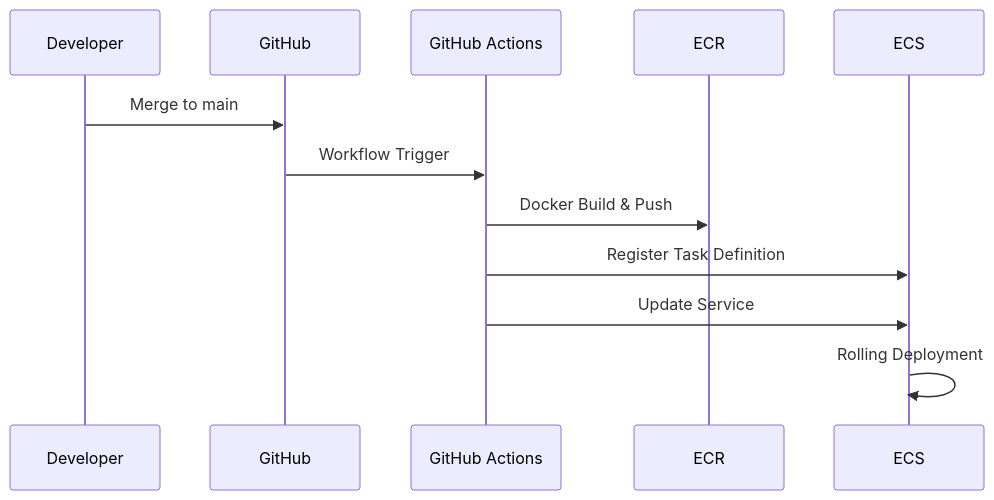
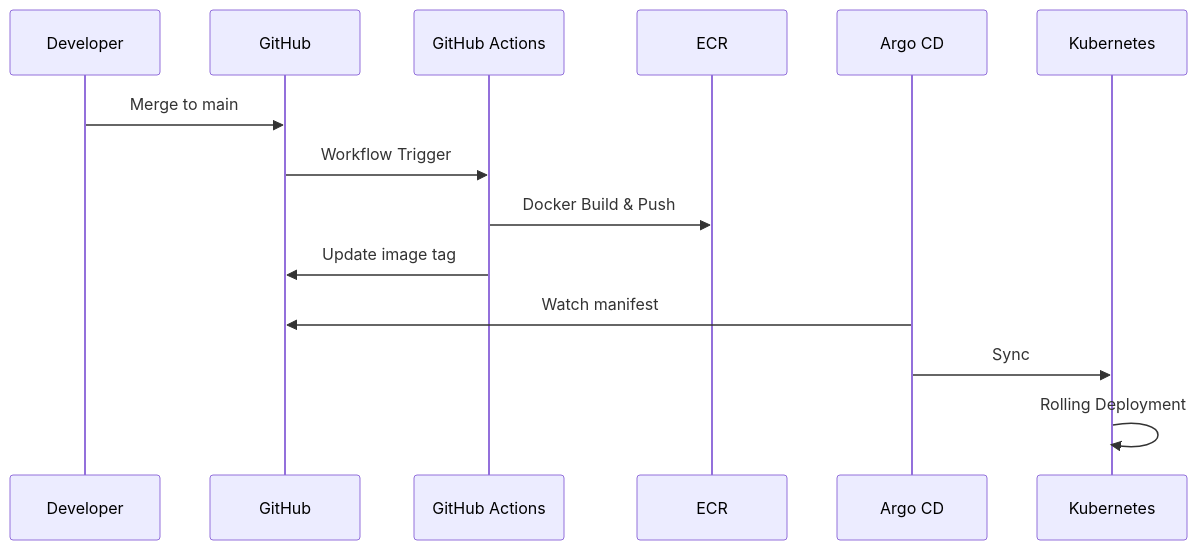
The second of 2 diagrams in docs/presentation/presentation.md (KosaCloudTeam2/infra-platform), drawn with Mermaid before and after one commit. The commit also changed 21 other files, not shown here.

````diff
--- a/docs/presentation/presentation.md
+++ b/docs/presentation/presentation.md
@@ -72,15 +72,17 @@
 ```mermaid
 sequenceDiagram
     participant Dev as Developer
     participant GH as GitHub
     participant GA as GitHub Actions
     participant ECR as ECR
-    participant ECS as ECS
+    participant Argo as Argo CD
+    participant K8s as Kubernetes
 
     Dev->>GH: Merge to main
     GH->>GA: Workflow Trigger
     GA->>ECR: Docker Build & Push
-    GA->>ECS: Register Task Definition
-    GA->>ECS: Update Service
-    ECS->>ECS: Rolling Deployment
+    GA->>GH: Update image tag
+    Argo->>GH: Watch manifest
+    Argo->>K8s: Sync
+    K8s->>K8s: Rolling Deployment
 ```
````
